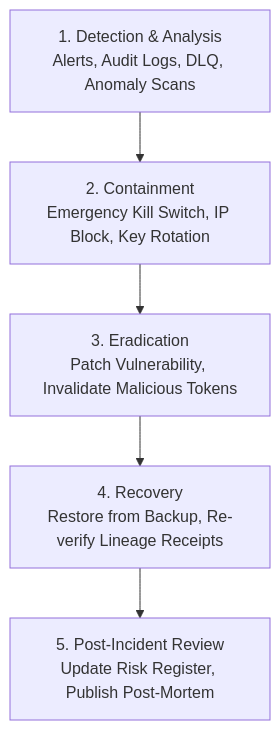
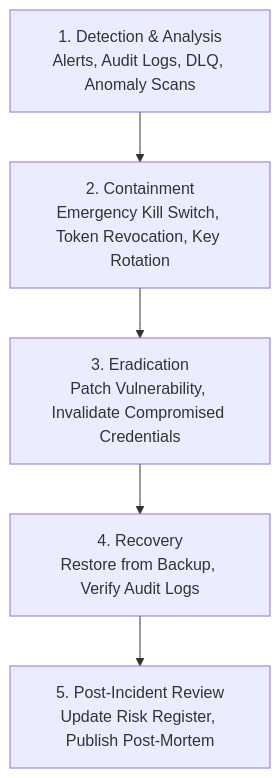
The diagram in INCIDENT_RESPONSE.md (Priya-Ranjan-0201/VIREONIQ), drawn with Mermaid before and after one commit. The commit also changed other lines of this file and 12 other files, not shown here.

````diff
--- a/INCIDENT_RESPONSE.md
+++ b/INCIDENT_RESPONSE.md
@@ -12,7 +9,7 @@
 ```mermaid
 graph TD
-    A[1. Detection & Analysis<br/>Alerts, Audit Logs, DLQ, Anomaly Scans] --> B[2. Containment<br/>Emergency Kill Switch, IP Block, Key Rotation]
-    B --> C[3. Eradication<br/>Patch Vulnerability, Invalidate Malicious Tokens]
-    C --> D[4. Recovery<br/>Restore from Backup, Re-verify Lineage Receipts]
+    A[1. Detection & Analysis<br/>Alerts, Audit Logs, DLQ, Anomaly Scans] --> B[2. Containment<br/>Emergency Kill Switch, Token Revocation, Key Rotation]
+    B --> C[3. Eradication<br/>Patch Vulnerability, Invalidate Compromised Credentials]
+    C --> D[4. Recovery<br/>Restore from Backup, Verify Audit Logs]
     D --> E[5. Post-Incident Review<br/>Update Risk Register, Publish Post-Mortem]
 ```
````
